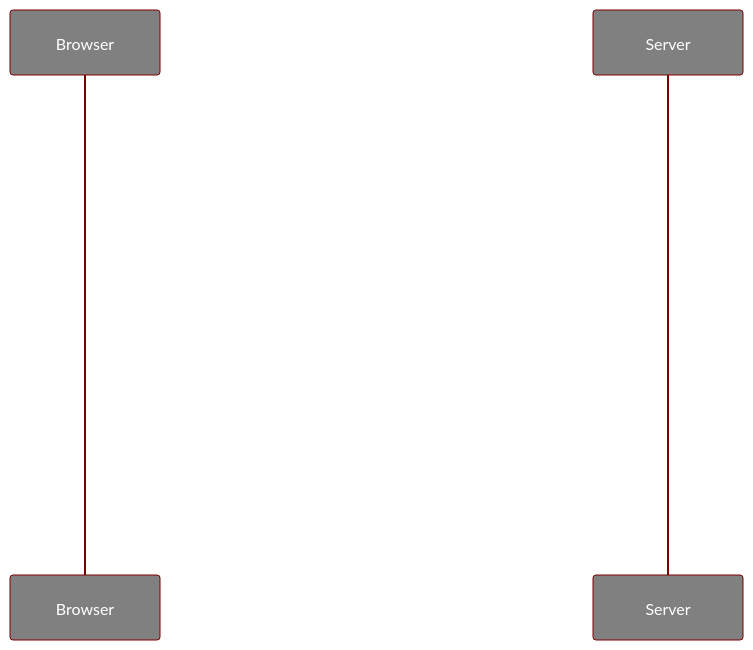
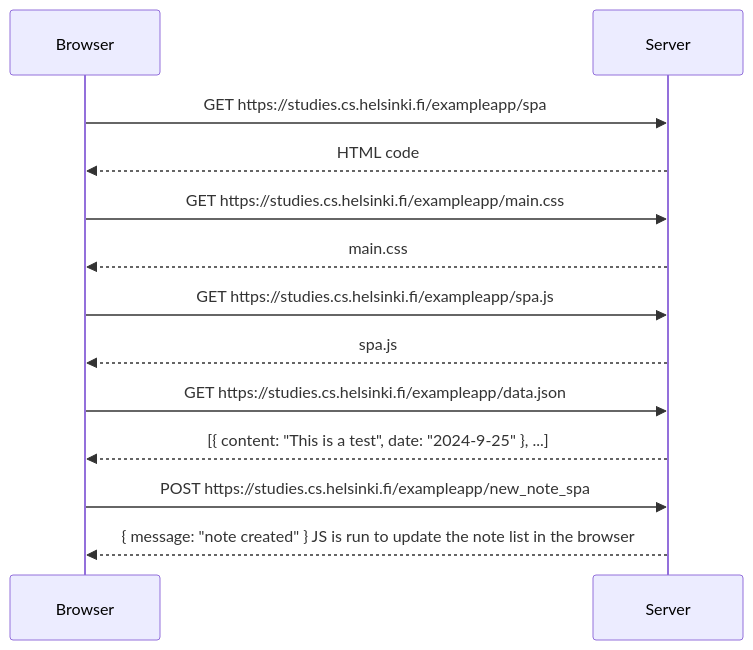
The diagram in Part0/exercise0.6.md (iXeCl/fullstackopen), drawn with Mermaid before and after one commit. The commit also changed 2 other files, not shown here.

Commit message:
removed css that was causing white text which was not readable in githubs ui

````diff
--- a/Part0/exercise0.6.md
+++ b/Part0/exercise0.6.md
@@ -1,31 +1,19 @@
 ```mermaid
-%%{
-  init: {
-    'theme': 'base',
-    'themeVariables': {
-      'primaryColor': '#808080',
-      'primaryTextColor': '#fff',
-      'primaryBorderColor': '#7C0000',
-      'lineColor': '#F8B229',
-      'secondaryColor': '#006100',
-      'tertiaryColor': '#fff'
-    }
-  }
-}%%
+
 sequenceDiagram
     Browser ->> Server: GET https://studies.cs.helsinki.fi/exampleapp/spa
     Server -->> Browser: HTML code
     Browser ->> Server: GET https://studies.cs.helsinki.fi/exampleapp/main.css
     Server -->> Browser: main.css
     Browser ->> Server: GET https://studies.cs.helsinki.fi/exampleapp/spa.js
     Server -->> Browser: spa.js
     Browser ->> Server: GET https://studies.cs.helsinki.fi/exampleapp/data.json
     Server -->> Browser: [{ content: "This is a test", date: "2024-9-25" }, ...]
     Browser ->> Server: POST https://studies.cs.helsinki.fi/exampleapp/new_note_spa
     Server -->> Browser: { message: "note created" } JS is run to update the note list in the browser
 
     
 
 
     
 ```
````
